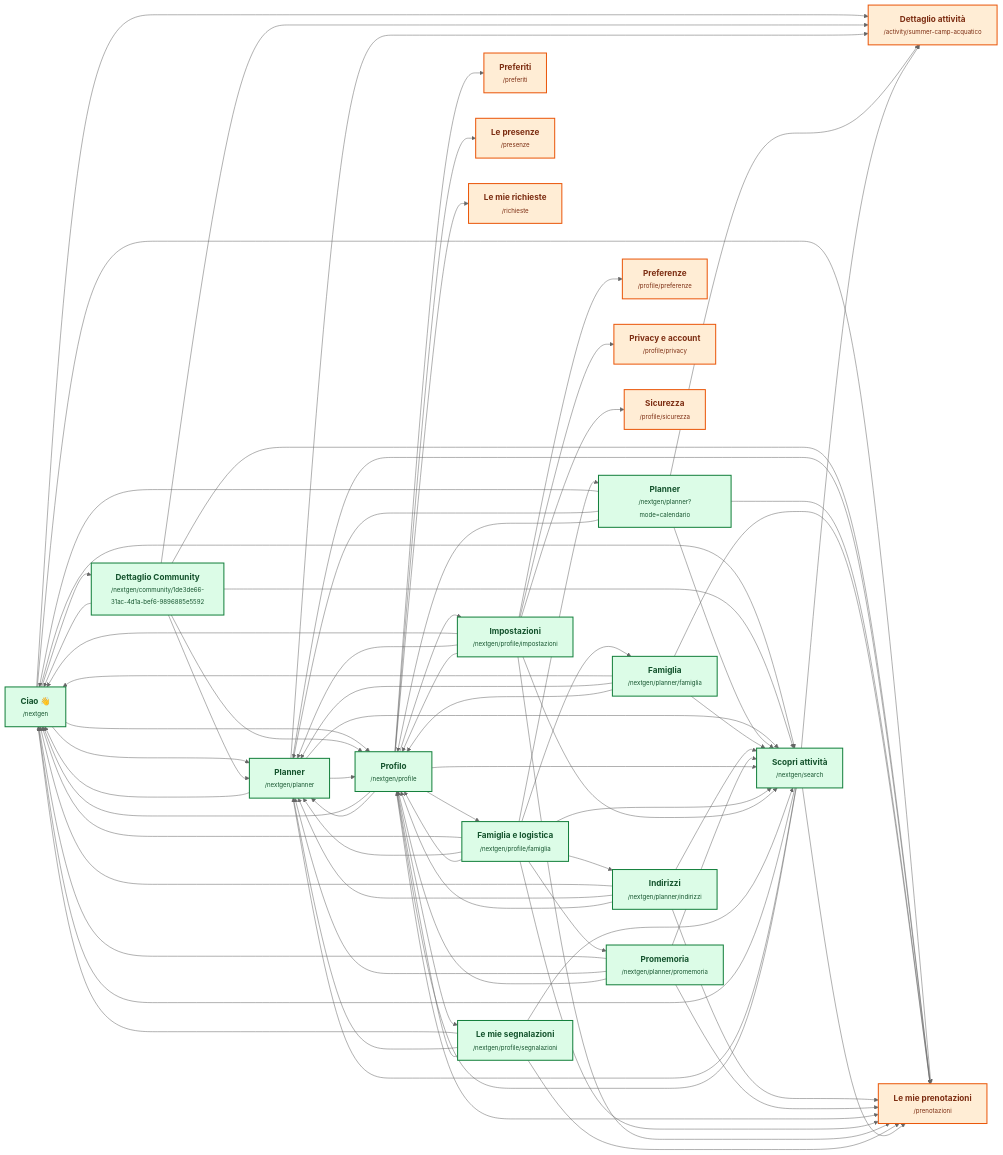
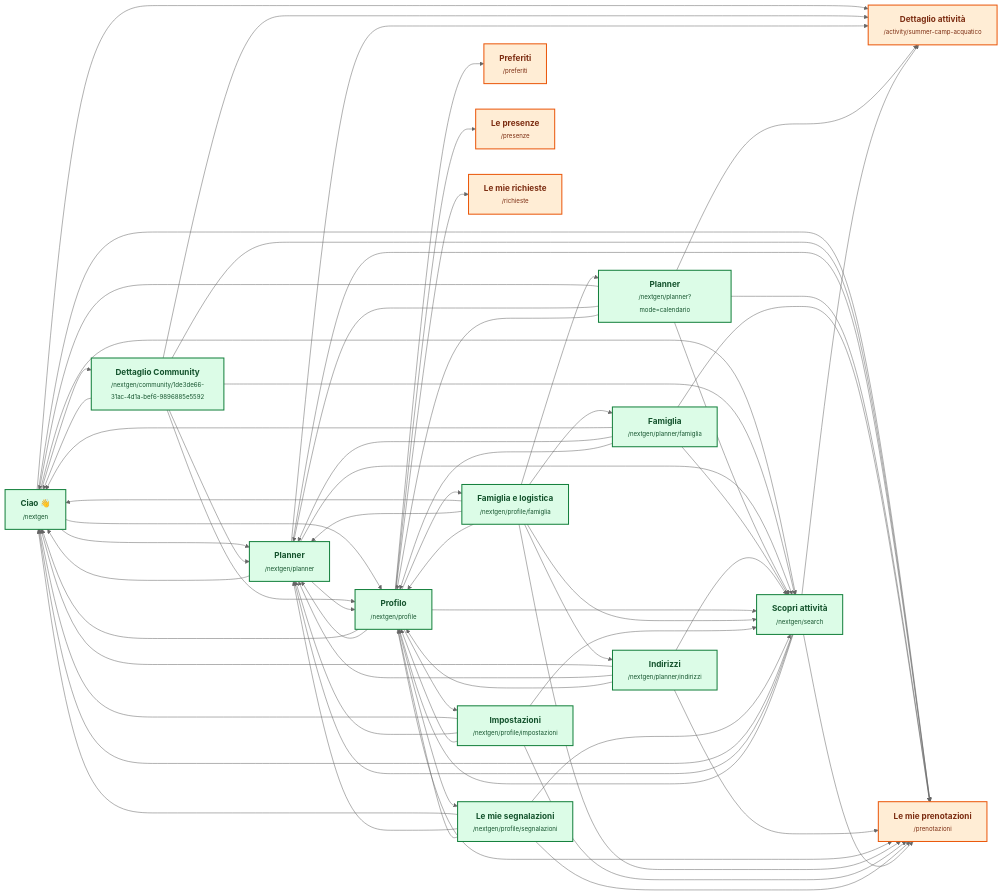
One commit to faberx83/buddykids-app changed the diagram in sitemap-output/mobile-chrome/parent/sitemap.mmd. Above: the diagram before and after it, drawn with Mermaid (neutral theme). The commit also changed 12 other files, not shown here.

```diff
--- a/sitemap-output/mobile-chrome/parent/sitemap.mmd
+++ b/sitemap-output/mobile-chrome/parent/sitemap.mmd
@@ -1,122 +1,105 @@
 flowchart LR
   N0["<b>Dettaglio attività</b><br/><span style='font-size:12px'>/activity/summer-camp-acquatico</span>"]:::legacy
   N1["<b>Ciao 👋</b><br/><span style='font-size:12px'>/nextgen</span>"]:::nextgen
   N2["<b>Dettaglio Community</b><br/><span style='font-size:12px'>/nextgen/community/1de3de66-31ac-4d1a-bef6-9896885e5592</span>"]:::nextgen
   N3["<b>Planner</b><br/><span style='font-size:12px'>/nextgen/planner</span>"]:::nextgen
   N4["<b>Planner</b><br/><span style='font-size:12px'>/nextgen/planner?mode=calendario</span>"]:::nextgen
   N5["<b>Famiglia</b><br/><span style='font-size:12px'>/nextgen/planner/famiglia</span>"]:::nextgen
   N6["<b>Indirizzi</b><br/><span style='font-size:12px'>/nextgen/planner/indirizzi</span>"]:::nextgen
-  N7["<b>Promemoria</b><br/><span style='font-size:12px'>/nextgen/planner/promemoria</span>"]:::nextgen
-  N8["<b>Profilo</b><br/><span style='font-size:12px'>/nextgen/profile</span>"]:::nextgen
-  N9["<b>Famiglia e logistica</b><br/><span style='font-size:12px'>/nextgen/profile/famiglia</span>"]:::nextgen
-  N10["<b>Impostazioni</b><br/><span style='font-size:12px'>/nextgen/profile/impostazioni</span>"]:::nextgen
-  N11["<b>Le mie segnalazioni</b><br/><span style='font-size:12px'>/nextgen/profile/segnalazioni</span>"]:::nextgen
-  N12["<b>Scopri attività</b><br/><span style='font-size:12px'>/nextgen/search</span>"]:::nextgen
-  N13["<b>Preferiti</b><br/><span style='font-size:12px'>/preferiti</span>"]:::legacy
-  N14["<b>Le mie prenotazioni</b><br/><span style='font-size:12px'>/prenotazioni</span>"]:::legacy
-  N15["<b>Le presenze</b><br/><span style='font-size:12px'>/presenze</span>"]:::legacy
-  N16["<b>Preferenze</b><br/><span style='font-size:12px'>/profile/preferenze</span>"]:::legacy
-  N17["<b>Privacy e account</b><br/><span style='font-size:12px'>/profile/privacy</span>"]:::legacy
-  N18["<b>Sicurezza</b><br/><span style='font-size:12px'>/profile/sicurezza</span>"]:::legacy
-  N19["<b>Le mie richieste</b><br/><span style='font-size:12px'>/richieste</span>"]:::legacy
+  N7["<b>Profilo</b><br/><span style='font-size:12px'>/nextgen/profile</span>"]:::nextgen
+  N8["<b>Famiglia e logistica</b><br/><span style='font-size:12px'>/nextgen/profile/famiglia</span>"]:::nextgen
+  N9["<b>Impostazioni</b><br/><span style='font-size:12px'>/nextgen/profile/impostazioni</span>"]:::nextgen
+  N10["<b>Le mie segnalazioni</b><br/><span style='font-size:12px'>/nextgen/profile/segnalazioni</span>"]:::nextgen
+  N11["<b>Scopri attività</b><br/><span style='font-size:12px'>/nextgen/search</span>"]:::nextgen
+  N12["<b>Preferiti</b><br/><span style='font-size:12px'>/preferiti</span>"]:::legacy
+  N13["<b>Le mie prenotazioni</b><br/><span style='font-size:12px'>/prenotazioni</span>"]:::legacy
+  N14["<b>Le presenze</b><br/><span style='font-size:12px'>/presenze</span>"]:::legacy
+  N15["<b>Le mie richieste</b><br/><span style='font-size:12px'>/richieste</span>"]:::legacy
   N1 --> N0
   N1 --> N2
   N1 --> N3
-  N1 --> N8
-  N1 --> N12
-  N1 --> N14
+  N1 --> N7
+  N1 --> N11
+  N1 --> N13
   N2 --> N0
   N2 --> N1
   N2 --> N3
-  N2 --> N8
-  N2 --> N12
-  N2 --> N14
+  N2 --> N7
+  N2 --> N11
+  N2 --> N13
   N3 --> N0
   N3 --> N1
-  N3 --> N8
-  N3 --> N12
-  N3 --> N14
+  N3 --> N7
+  N3 --> N11
+  N3 --> N13
   N4 --> N0
   N4 --> N1
   N4 --> N3
-  N4 --> N8
-  N4 --> N12
-  N4 --> N14
+  N4 --> N7
+  N4 --> N11
+  N4 --> N13
   N5 --> N1
   N5 --> N3
-  N5 --> N8
-  N5 --> N12
-  N5 --> N14
+  N5 --> N7
+  N5 --> N11
+  N5 --> N13
   N6 --> N1
   N6 --> N3
-  N6 --> N8
-  N6 --> N12
-  N6 --> N14
+  N6 --> N7
+  N6 --> N11
+  N6 --> N13
   N7 --> N1
   N7 --> N3
   N7 --> N8
+  N7 --> N9
+  N7 --> N10
+  N7 --> N11
   N7 --> N12
+  N7 --> N13
   N7 --> N14
+  N7 --> N15
   N8 --> N1
   N8 --> N3
-  N8 --> N9
-  N8 --> N10
+  N8 --> N4
+  N8 --> N5
+  N8 --> N6
+  N8 --> N7
   N8 --> N11
-  N8 --> N12
   N8 --> N13
-  N8 --> N14
-  N8 --> N15
-  N8 --> N19
   N9 --> N1
   N9 --> N3
-  N9 --> N4
-  N9 --> N5
-  N9 --> N6
   N9 --> N7
-  N9 --> N8
-  N9 --> N12
-  N9 --> N14
+  N9 --> N11
+  N9 --> N13
   N10 --> N1
   N10 --> N3
-  N10 --> N8
-  N10 --> N12
-  N10 --> N14
-  N10 --> N16
-  N10 --> N17
-  N10 --> N18
+  N10 --> N7
+  N10 --> N11
+  N10 --> N13
+  N11 --> N0
   N11 --> N1
   N11 --> N3
-  N11 --> N8
-  N11 --> N12
-  N11 --> N14
-  N12 --> N0
-  N12 --> N1
-  N12 --> N3
-  N12 --> N8
-  N12 --> N14
+  N11 --> N7
+  N11 --> N13
   click N0 "https://buddykids-app.vercel.app/activity/summer-camp-acquatico" "Apri pagina" _blank
   click N1 "https://buddykids-app.vercel.app/nextgen" "Apri pagina" _blank
   click N2 "https://buddykids-app.vercel.app/nextgen/community/1de3de66-31ac-4d1a-bef6-9896885e5592" "Apri pagina" _blank
   click N3 "https://buddykids-app.vercel.app/nextgen/planner" "Apri pagina" _blank
   click N4 "https://buddykids-app.vercel.app/nextgen/planner?mode=calendario" "Apri pagina" _blank
   click N5 "https://buddykids-app.vercel.app/nextgen/planner/famiglia" "Apri pagina" _blank
   click N6 "https://buddykids-app.vercel.app/nextgen/planner/indirizzi" "Apri pagina" _blank
-  click N7 "https://buddykids-app.vercel.app/nextgen/planner/promemoria" "Apri pagina" _blank
-  click N8 "https://buddykids-app.vercel.app/nextgen/profile" "Apri pagina" _blank
-  click N9 "https://buddykids-app.vercel.app/nextgen/profile/famiglia" "Apri pagina" _blank
-  click N10 "https://buddykids-app.vercel.app/nextgen/profile/impostazioni" "Apri pagina" _blank
-  click N11 "https://buddykids-app.vercel.app/nextgen/profile/segnalazioni" "Apri pagina" _blank
-  click N12 "https://buddykids-app.vercel.app/nextgen/search" "Apri pagina" _blank
-  click N13 "https://buddykids-app.vercel.app/preferiti" "Apri pagina" _blank
-  click N14 "https://buddykids-app.vercel.app/prenotazioni" "Apri pagina" _blank
-  click N15 "https://buddykids-app.vercel.app/presenze" "Apri pagina" _blank
-  click N16 "https://buddykids-app.vercel.app/profile/preferenze" "Apri pagina" _blank
-  click N17 "https://buddykids-app.vercel.app/profile/privacy" "Apri pagina" _blank
-  click N18 "https://buddykids-app.vercel.app/profile/sicurezza" "Apri pagina" _blank
-  click N19 "https://buddykids-app.vercel.app/richieste" "Apri pagina" _blank
+  click N7 "https://buddykids-app.vercel.app/nextgen/profile" "Apri pagina" _blank
+  click N8 "https://buddykids-app.vercel.app/nextgen/profile/famiglia" "Apri pagina" _blank
+  click N9 "https://buddykids-app.vercel.app/nextgen/profile/impostazioni" "Apri pagina" _blank
+  click N10 "https://buddykids-app.vercel.app/nextgen/profile/segnalazioni" "Apri pagina" _blank
+  click N11 "https://buddykids-app.vercel.app/nextgen/search" "Apri pagina" _blank
+  click N12 "https://buddykids-app.vercel.app/preferiti" "Apri pagina" _blank
+  click N13 "https://buddykids-app.vercel.app/prenotazioni" "Apri pagina" _blank
+  click N14 "https://buddykids-app.vercel.app/presenze" "Apri pagina" _blank
+  click N15 "https://buddykids-app.vercel.app/richieste" "Apri pagina" _blank
 
   classDef nextgen fill:#dcfce7,stroke:#15803d,stroke-width:2px,color:#14532d;
   classDef legacy fill:#ffedd5,stroke:#ea580c,stroke-width:2px,color:#7c2d12;
   classDef partner fill:#dbeafe,stroke:#2563eb,stroke-width:2px,color:#1e3a8a;
   classDef admin fill:#f3e8ff,stroke:#9333ea,stroke-width:2px,color:#581c87;
   %% Verde = Next Gen; arancione = Legacy richiamata
```
